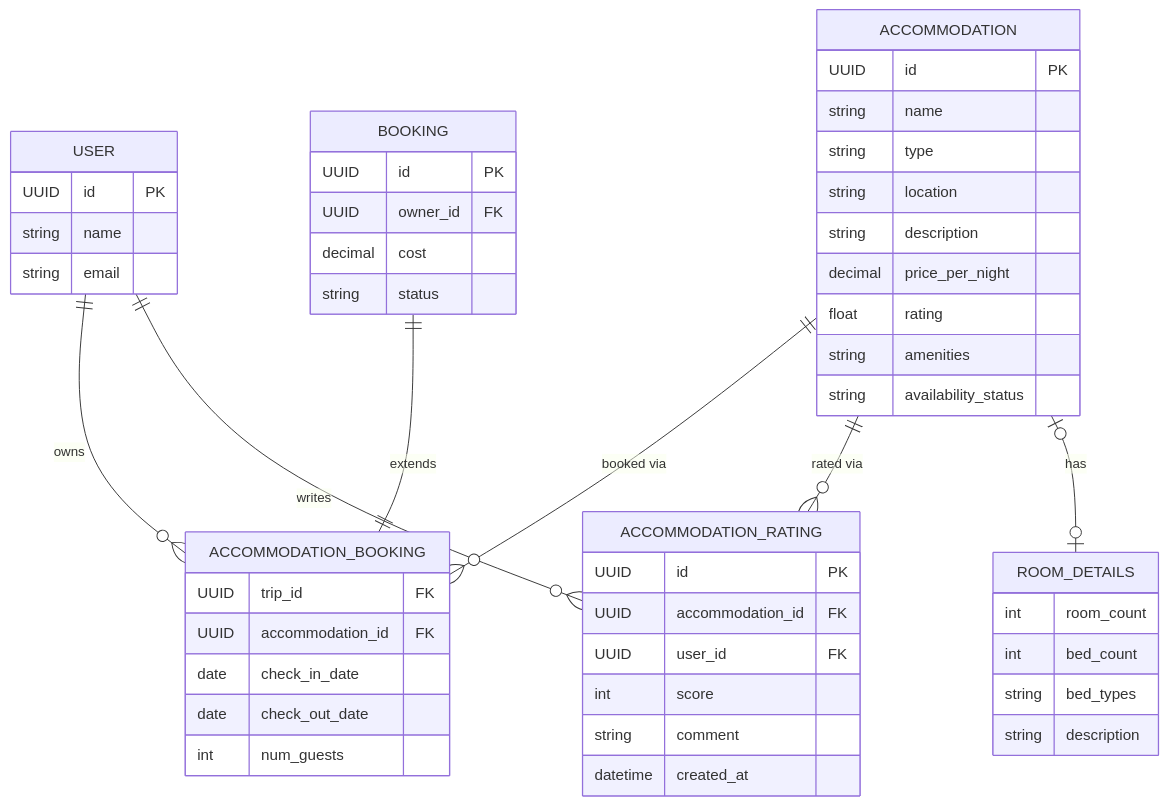
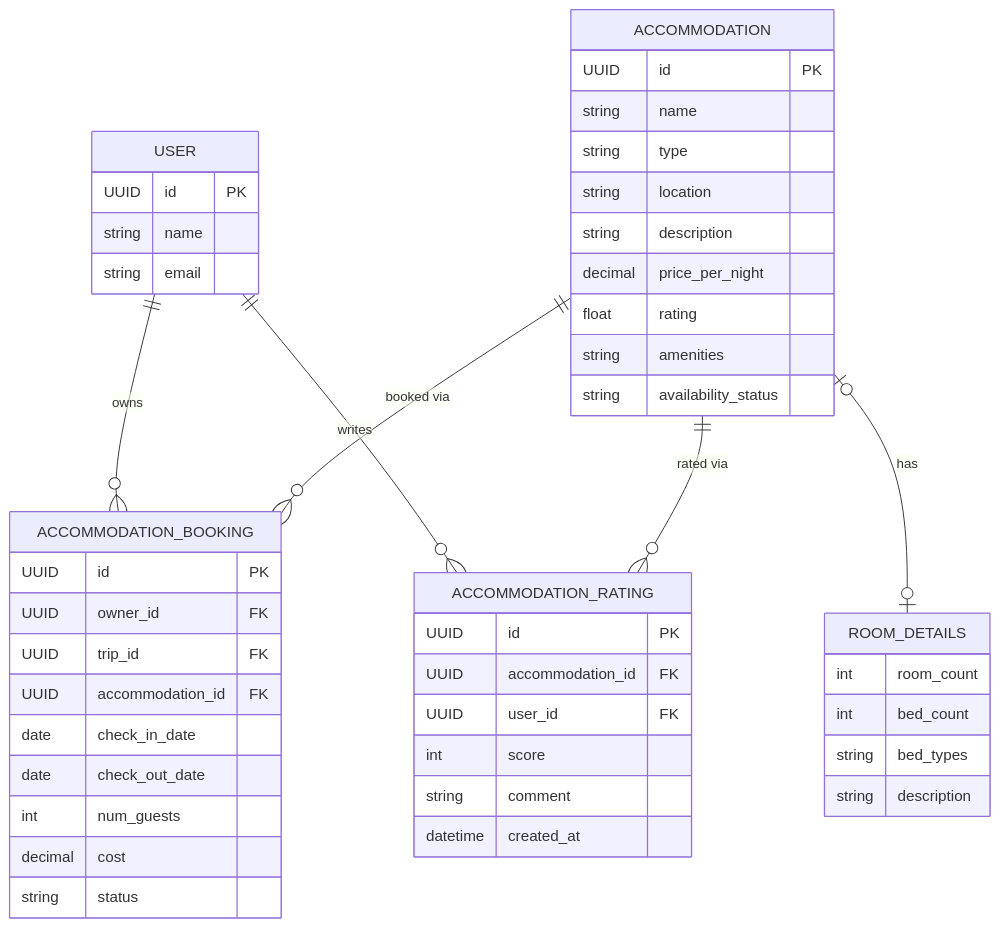
The diagram in docs/architecture/object-model.md (JulianKirk/TripGenie), drawn with Mermaid before and after one commit. The commit also changed other lines of this file and 11 other files, not shown here.

````diff
--- a/docs/architecture/object-model.md
+++ b/docs/architecture/object-model.md
@@ -106,58 +98,54 @@
 ```mermaid
 erDiagram
     USER ||--o{ ACCOMMODATION_BOOKING : owns
     USER ||--o{ ACCOMMODATION_RATING : writes
     ACCOMMODATION ||--o{ ACCOMMODATION_BOOKING : "booked via"
     ACCOMMODATION ||--o{ ACCOMMODATION_RATING : "rated via"
     ACCOMMODATION |o--o| ROOM_DETAILS : has
-    BOOKING ||--|| ACCOMMODATION_BOOKING : extends
 
     USER {
         UUID id PK
         string name
         string email
-    }
-
-    BOOKING {
-        UUID id PK
-        UUID owner_id FK
-        decimal cost
-        string status
     }
 
     ACCOMMODATION {
         UUID id PK
         string name
         string type
         string location
         string description
         decimal price_per_night
         float rating
         string amenities
         string availability_status
     }
 
     ROOM_DETAILS {
         int room_count
         int bed_count
         string bed_types
         string description
     }
 
     ACCOMMODATION_BOOKING {
+        UUID id PK
+        UUID owner_id FK
         UUID trip_id FK
         UUID accommodation_id FK
         date check_in_date
         date check_out_date
         int num_guests
+        decimal cost
+        string status
     }
 
     ACCOMMODATION_RATING {
         UUID id PK
         UUID accommodation_id FK
         UUID user_id FK
         int score
         string comment
         datetime created_at
     }
 ```
````
